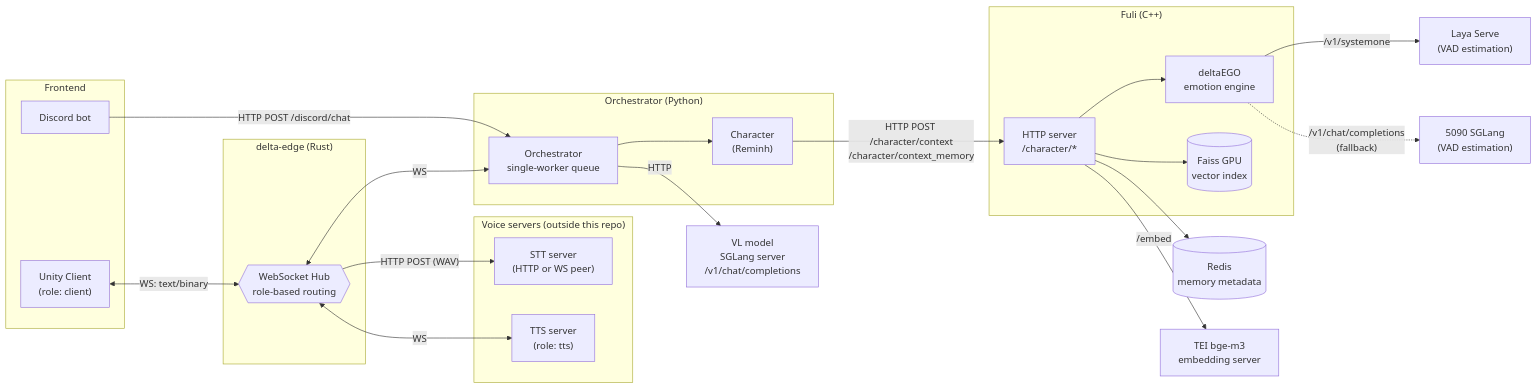
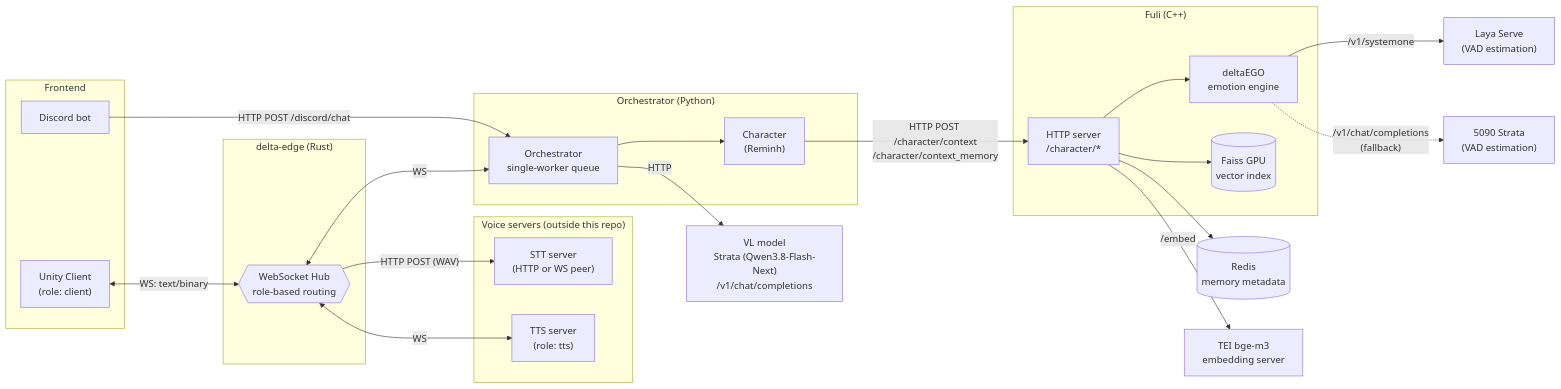
Before and after one commit to deltaAnima/Project_deltaAnima: the first of 9 diagrams in README.md, drawn with Mermaid. The commit also changed other lines of this file, not shown here.

Commit message:
Update README to reflect Strata model changes

````diff
--- a/README.md
+++ b/README.md
@@ -74,49 +71,49 @@
 ```mermaid
 flowchart LR
     subgraph Frontend
         U["Unity Client<br/>(role: client)"]
         D["Discord bot"]
     end
 
     subgraph Edge["delta-edge (Rust)"]
         H{{"WebSocket Hub<br/>role-based routing"}}
     end
 
     subgraph Voice["Voice servers (outside this repo)"]
         STT["STT server<br/>(HTTP or WS peer)"]
         TTS["TTS server<br/>(role: tts)"]
     end
 
     subgraph Brain["Orchestrator (Python)"]
         O["Orchestrator<br/>single-worker queue"]
         C["Character<br/>(Reminh)"]
     end
 
-    VL["VL model<br/>SGLang server<br/>/v1/chat/completions"]
+    VL["VL model<br/>Strata (Qwen3.8-Flash-Next)<br/>/v1/chat/completions"]
 
     subgraph Fuli["Fuli (C++)"]
         F["HTTP server<br/>/character/*"]
         EGO["deltaEGO<br/>emotion engine"]
         FA[("Faiss GPU<br/>vector index")]
     end
 
     R[("Redis<br/>memory metadata")]
     TEI["TEI bge-m3<br/>embedding server"]
-    L5090["5090 SGLang<br/>(VAD estimation)"]
+    L5090["5090 Strata<br/>(VAD estimation)"]
     LAYA["Laya Serve<br/>(VAD estimation)"]
 
     U <-- "WS: text/binary" --> H
     D -- "HTTP POST /discord/chat" --> O
     H <-- "WS" --> O
     H <-- "WS" --> TTS
     H -- "HTTP POST (WAV)" --> STT
     O --> C
     C -- "HTTP POST /character/context<br/>/character/context_memory" --> F
     O -- "HTTP" --> VL
     F --> EGO
     F --> FA
     F --> R
     F -- "/embed" --> TEI
     EGO -- "/v1/systemone" --> LAYA
     EGO -. "/v1/chat/completions<br/>(fallback)" .-> L5090
 ```
````
